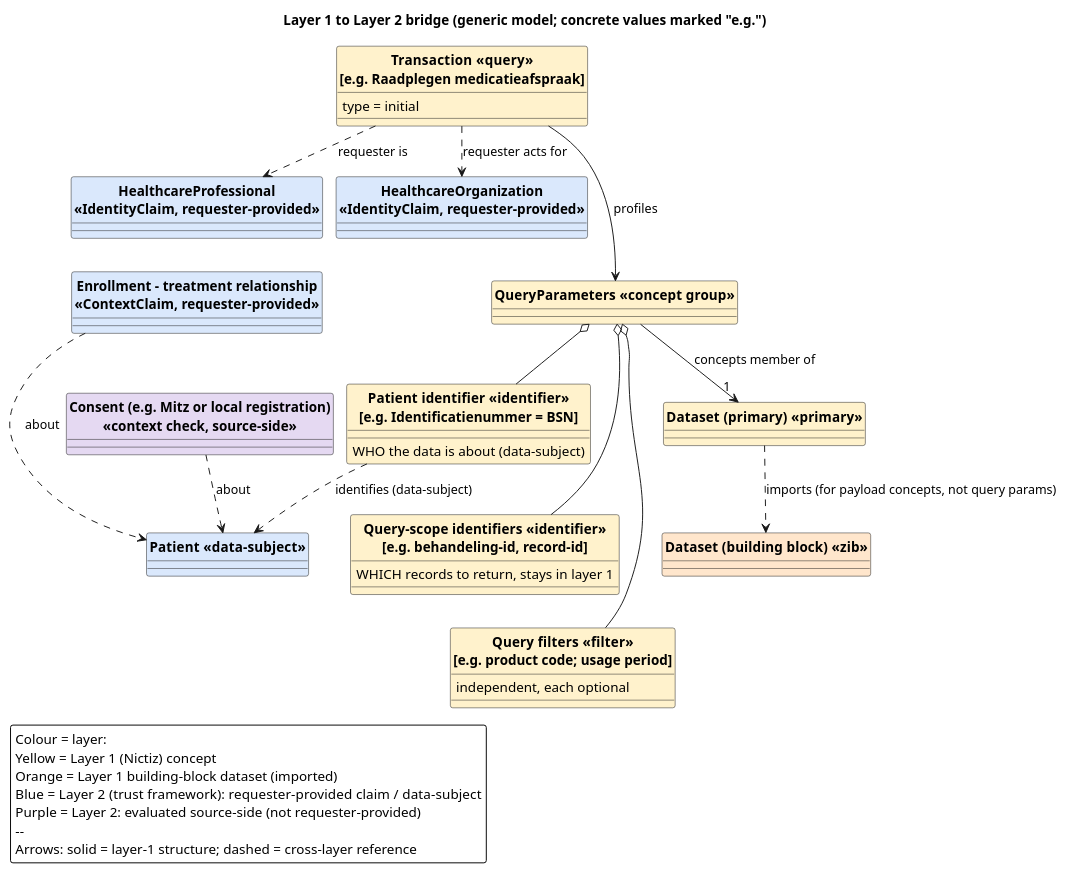
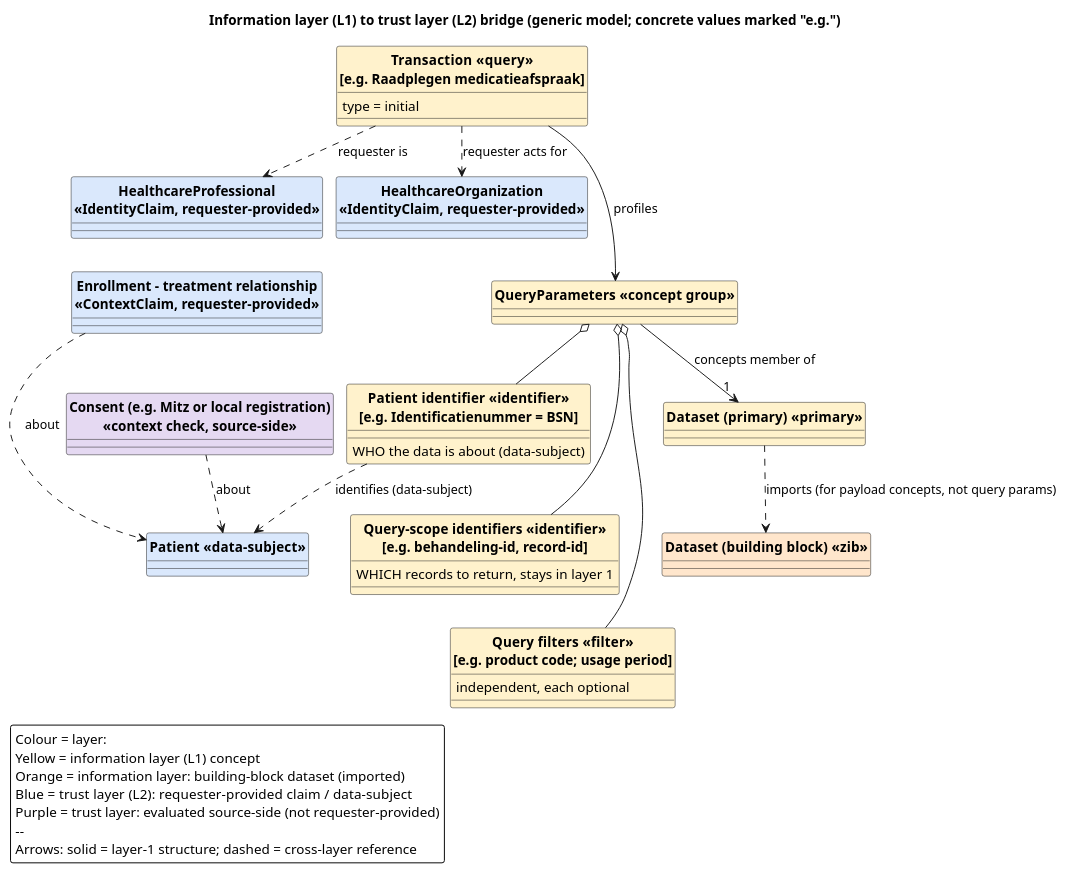
The diagram in input/images-source/authorization-model-bridge.plantuml (nuts-foundation/nl-generic-functions-ig), drawn with PlantUML before and after one commit. The commit also changed 6 other files, not shown here.

First line of the commit message:
docs(authorization): name the layers and declutter the diagrams

```diff
--- a/input/images-source/authorization-model-bridge.plantuml
+++ b/input/images-source/authorization-model-bridge.plantuml
@@ -5,73 +5,73 @@
 @startuml authorization-model-bridge
 
 skinparam defaultFontName Arial
 skinparam backgroundColor white
 skinparam roundcorner 5
 skinparam classFontStyle bold
 skinparam nodesep 14
 skinparam ranksep 34
 hide circle
 
-title Layer 1 to Layer 2 bridge (generic model; concrete values marked "e.g.")
+title Information layer (L1) to trust layer (L2) bridge (generic model; concrete values marked "e.g.")
 
 ' --------- Layer 1 (yellow / orange) ---------
 class "Transaction  <<query>>\n[e.g. Raadplegen medicatieafspraak]" as TX #FFF2CC {
   type = initial
 }
 class "QueryParameters  <<concept group>>" as QP #FFF2CC
 
 class "Patient identifier  <<identifier>>\n[e.g. Identificatienummer = BSN]" as PID #FFF2CC {
   WHO the data is about (data-subject)
 }
 class "Query-scope identifiers  <<identifier>>\n[e.g. behandeling-id, record-id]" as SID #FFF2CC {
   WHICH records to return, stays in layer 1
 }
 class "Query filters  <<filter>>\n[e.g. product code; usage period]" as QF #FFF2CC {
   independent, each optional
 }
 
 class "Dataset (primary)  <<primary>>" as DSP #FFF2CC
 class "Dataset (building block)  <<zib>>" as DSB #FFE6CC
 
 ' --------- Layer 2 (blue / purple) ---------
 class "Patient  <<data-subject>>" as PAT #DAE8FC
 
 class "HealthcareProfessional\n<<IdentityClaim, requester-provided>>" as HP #DAE8FC
 class "HealthcareOrganization\n<<IdentityClaim, requester-provided>>" as HO #DAE8FC
 class "Enrollment - treatment relationship\n<<ContextClaim, requester-provided>>" as ENR #DAE8FC
 class "Consent (e.g. Mitz or local registration)\n<<context check, source-side>>" as MITZ #E5D9F2
 
 ' --------- Layer 1 structure ---------
 TX --> QP : profiles
 QP o-- PID
 QP o-- SID
 QP o-- QF
 QP --> "1" DSP : concepts member of
 DSP ..> DSB : imports (for payload concepts, not query params)
 PID -[hidden]down- SID
 SID -[hidden]down- QF
 
 ' --------- claim layout: identity claims on one level, then context below ---------
 HP -[hidden]right- HO
 HP -[hidden]down- ENR
 ENR -[hidden]down- MITZ
 
 ' --------- bridges ---------
 PID -[hidden]down- PAT
 PID ..> PAT : identifies (data-subject)
 TX ..> HP : requester is
 TX ..> HO : requester acts for
 ENR ..> PAT : about
 MITZ ..> PAT : about
 
 legend left
   Colour = layer:
-  Yellow = Layer 1 (Nictiz) concept
-  Orange = Layer 1 building-block dataset (imported)
-  Blue   = Layer 2 (trust framework): requester-provided claim / data-subject
-  Purple = Layer 2: evaluated source-side (not requester-provided)
+  Yellow = information layer (L1) concept
+  Orange = information layer: building-block dataset (imported)
+  Blue   = trust layer (L2): requester-provided claim / data-subject
+  Purple = trust layer: evaluated source-side (not requester-provided)
   --
   Arrows: solid = layer-1 structure; dashed = cross-layer reference
 endlegend
 
 @enduml
```
